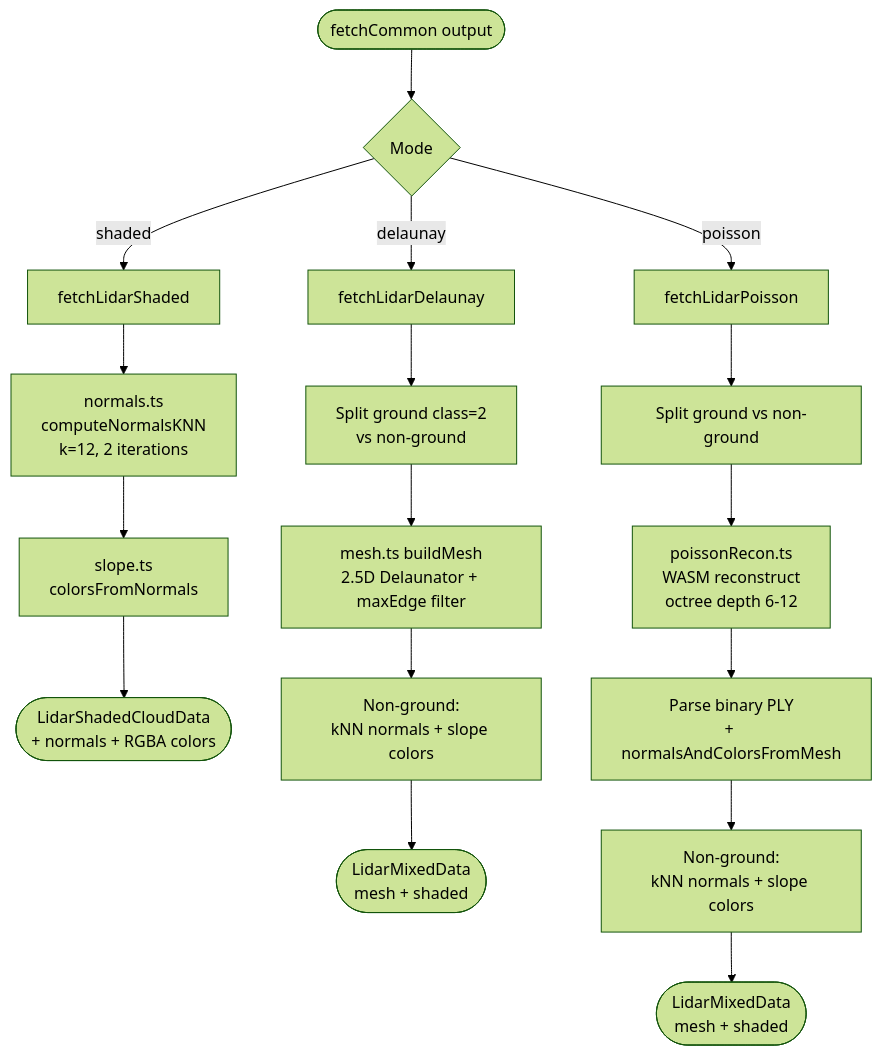
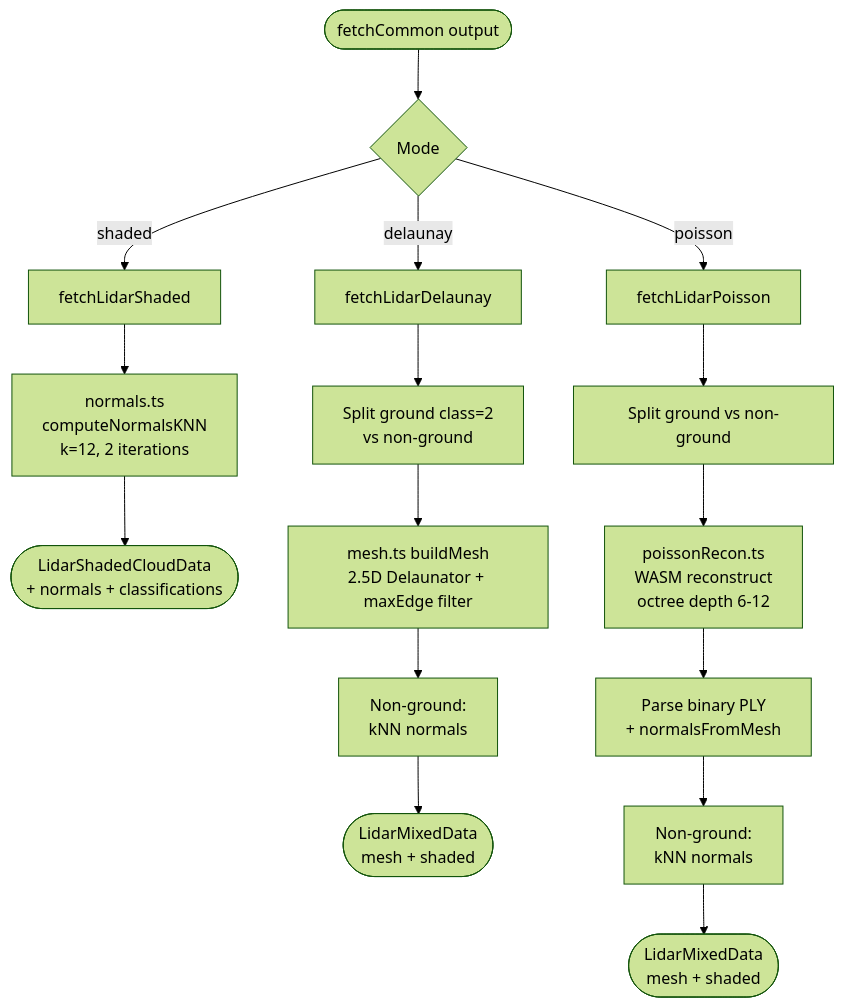
Before and after one commit to Plonk42/open-cairn: the fifth of 7 diagrams in docs/LIDAR_PIPELINE.md, drawn with Mermaid (forest theme). The commit also changed other lines of this file and 20 other files, not shown here.

````diff
--- a/docs/LIDAR_PIPELINE.md
+++ b/docs/LIDAR_PIPELINE.md
@@ -257,22 +256,21 @@
 ```mermaid
 flowchart TD
     F([fetchCommon output]) --> K{Mode}
 
     K -->|shaded| S[fetchLidarShaded]
     S --> S1[normals.ts<br/>computeNormalsKNN<br/>k=12, 2 iterations]
-    S1 --> S2[slope.ts<br/>colorsFromNormals]
-    S2 --> SO([LidarShadedCloudData<br/>+ normals + RGBA colors])
+    S1 --> SO([LidarShadedCloudData<br/>+ normals + classifications])
 
     K -->|delaunay| M[fetchLidarDelaunay]
     M --> M1[Split ground class=2<br/>vs non-ground]
     M1 --> M2[mesh.ts buildMesh<br/>2.5D Delaunator + maxEdge filter]
-    M2 --> M3[Non-ground:<br/>kNN normals + slope colors]
+    M2 --> M3[Non-ground:<br/>kNN normals]
     M3 --> MO([LidarMixedData<br/>mesh + shaded])
 
     K -->|poisson| P[fetchLidarPoisson]
     P --> P1[Split ground vs non-ground]
     P1 --> P2[poissonRecon.ts<br/>WASM reconstruct<br/>octree depth 6-12]
-    P2 --> P3[Parse binary PLY<br/>+ normalsAndColorsFromMesh]
-    P3 --> P4[Non-ground:<br/>kNN normals + slope colors]
+    P2 --> P3[Parse binary PLY<br/>+ normalsFromMesh]
+    P3 --> P4[Non-ground:<br/>kNN normals]
     P4 --> PO([LidarMixedData<br/>mesh + shaded])
 ```
````
